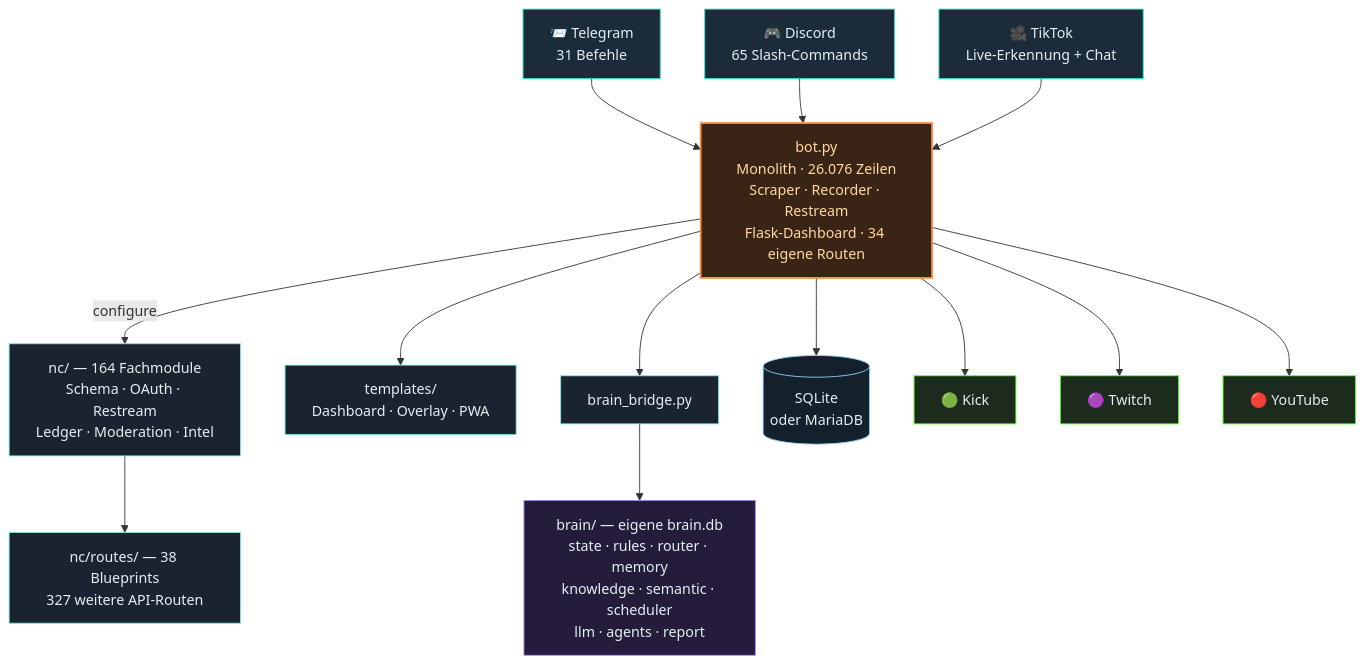
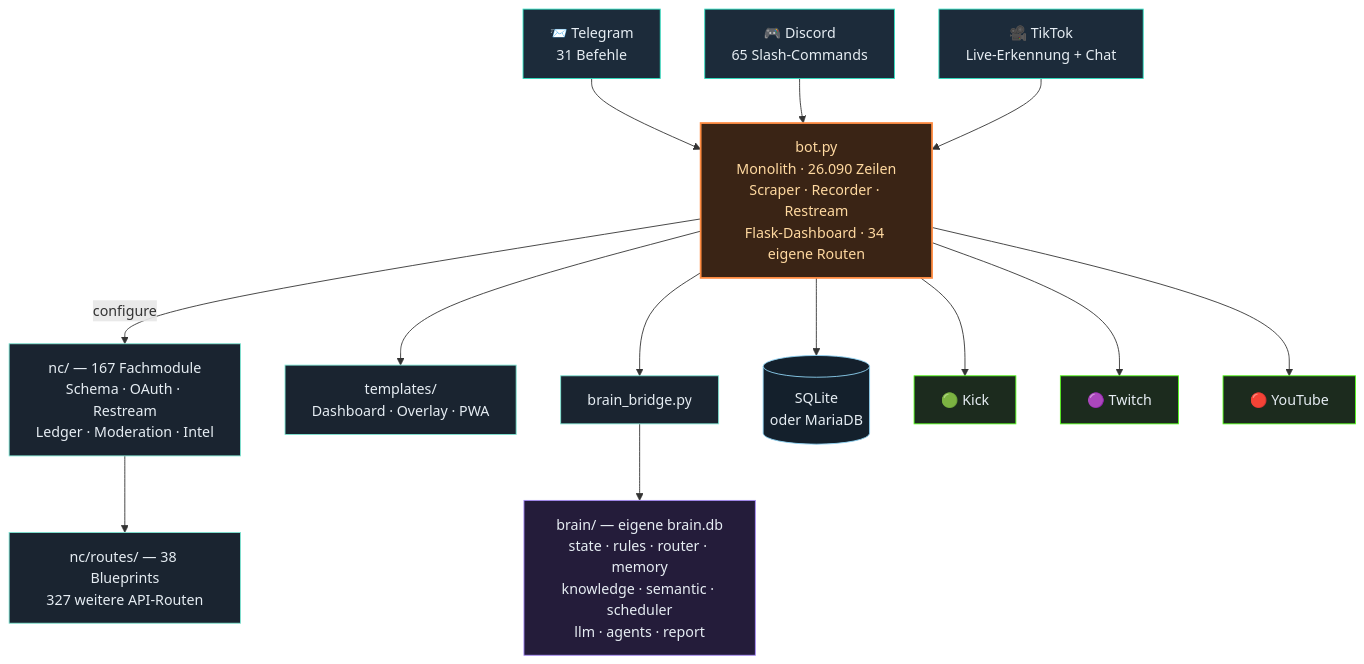
The third of 4 diagrams in README.md (itsamemedev/Telegram-Stream-Info-Bot), drawn with Mermaid before and after one commit. The commit also changed other lines of this file and 19 other files, not shown here.

````diff
--- a/README.md
+++ b/README.md
@@ -211,30 +211,30 @@
 ```mermaid
 flowchart TB
     TG["📨 Telegram<br/>31 Befehle"]:::ein
     DC["🎮 Discord<br/>65 Slash-Commands"]:::ein
     TT["🎥 TikTok<br/>Live-Erkennung + Chat"]:::ein
 
     TG --> BOT
     DC --> BOT
     TT --> BOT
 
-    BOT["bot.py<br/>Monolith · 26.076 Zeilen<br/>Scraper · Recorder · Restream<br/>Flask-Dashboard · 34 eigene Routen"]:::core
+    BOT["bot.py<br/>Monolith · 26.090 Zeilen<br/>Scraper · Recorder · Restream<br/>Flask-Dashboard · 34 eigene Routen"]:::core
 
-    BOT -->|configure| NC["nc/ — 164 Fachmodule<br/>Schema · OAuth · Restream<br/>Ledger · Moderation · Intel"]:::lib
+    BOT -->|configure| NC["nc/ — 167 Fachmodule<br/>Schema · OAuth · Restream<br/>Ledger · Moderation · Intel"]:::lib
     NC --> RT["nc/routes/ — 38 Blueprints<br/>327 weitere API-Routen"]:::lib
     BOT --> TPL["templates/<br/>Dashboard · Overlay · PWA"]:::lib
     BOT --> BR["brain_bridge.py"]:::lib
     BR --> BRAIN["brain/ — eigene brain.db<br/>state · rules · router · memory<br/>knowledge · semantic · scheduler<br/>llm · agents · report"]:::brain
     BOT --> DB[("SQLite<br/>oder MariaDB")]:::db
 
     BOT --> KICK["🟢 Kick"]:::out
     BOT --> TW["🟣 Twitch"]:::out
     BOT --> YT["🔴 YouTube"]:::out
 
     classDef ein fill:#1c2b3a,stroke:#2de1c2,color:#e6edf3
     classDef core fill:#3a2415,stroke:#ff8c42,stroke-width:2px,color:#ffd9a0
     classDef lib fill:#1a2430,stroke:#7fe7d4,color:#e6edf3
     classDef brain fill:#241c3a,stroke:#a78bfa,color:#e6edf3
     classDef db fill:#14202c,stroke:#8fd3f4,color:#e6edf3
     classDef out fill:#1c2b1e,stroke:#53fc18,color:#e6edf3
 ```
````
